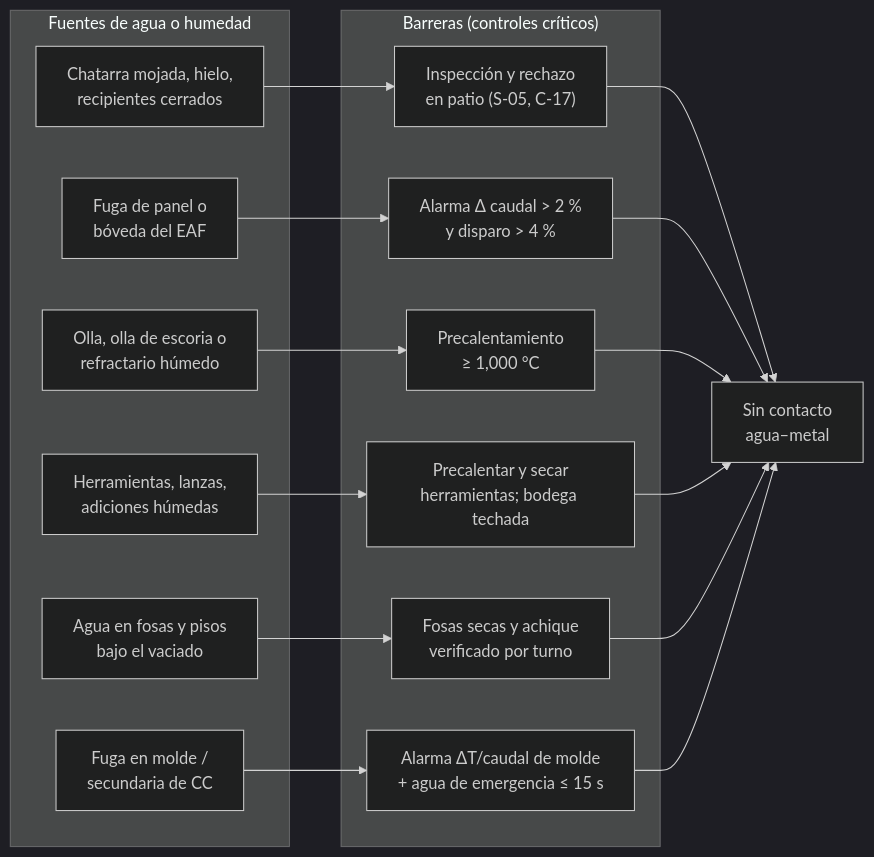
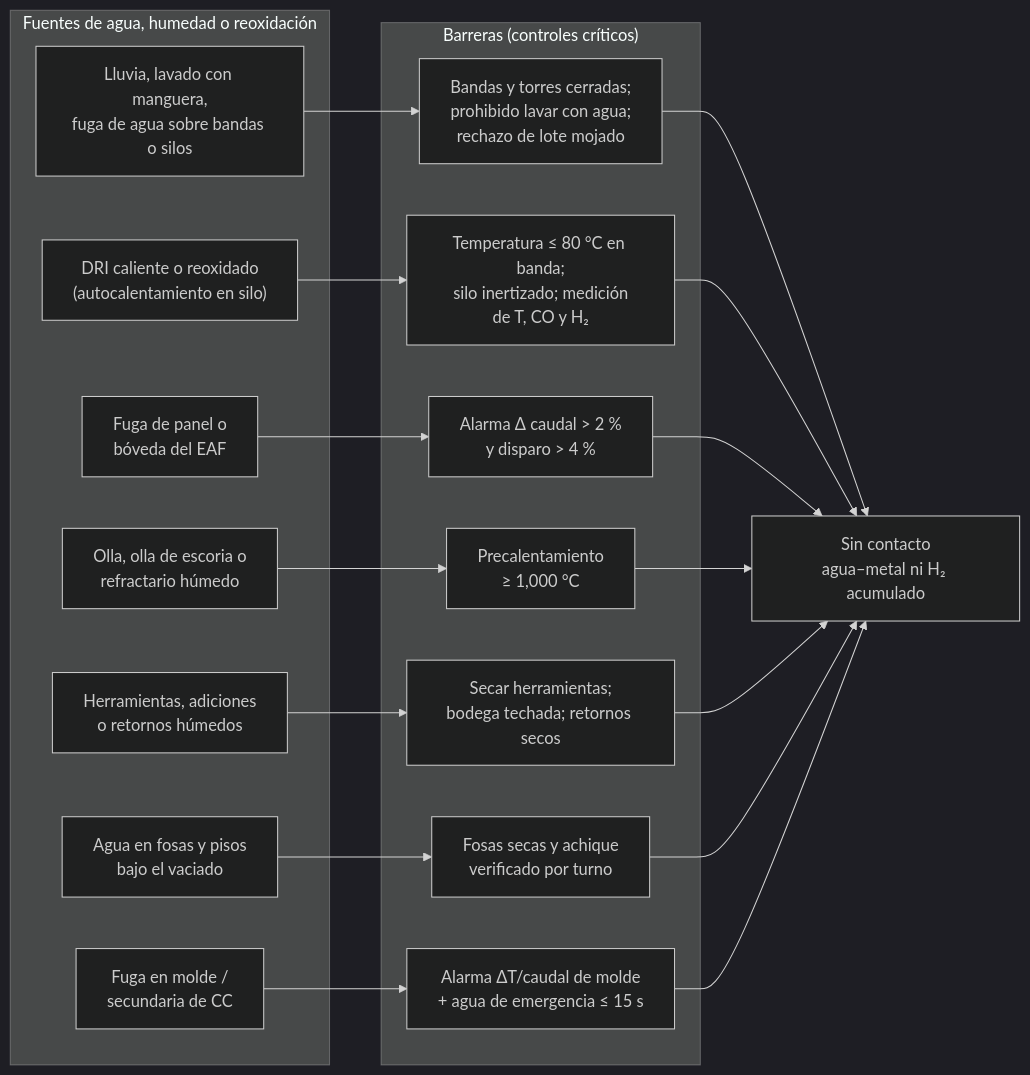
The diagram in 10-plantas/01-steelmaking/04-seguridad/MS-ACE-03-explosiones-agua-metal-liquido.md (diegocardonaguzman03-maker/HR), drawn with Mermaid (dark theme) before and after one commit. The commit also changed other lines of this file and 19 other files, not shown here.

````diff
--- a/10-plantas/01-steelmaking/04-seguridad/MS-ACE-03-explosiones-agua-metal-liquido.md
+++ b/10-plantas/01-steelmaking/04-seguridad/MS-ACE-03-explosiones-agua-metal-liquido.md
@@ -35,26 +46,29 @@
 ```mermaid
 flowchart LR
-    subgraph Fuentes["Fuentes de agua o humedad"]
-        F1["Chatarra mojada, hielo,<br/>recipientes cerrados"]
-        F2["Fuga de panel o<br/>bóveda del EAF"]
-        F3["Olla, olla de escoria o<br/>refractario húmedo"]
-        F4["Herramientas, lanzas,<br/>adiciones húmedas"]
-        F5["Agua en fosas y pisos<br/>bajo el vaciado"]
-        F6["Fuga en molde /<br/>secundaria de CC"]
+    subgraph Fuentes["Fuentes de agua, humedad o reoxidación"]
+        F1["Lluvia, lavado con manguera,<br/>fuga de agua sobre bandas o silos"]
+        F2["DRI caliente o reoxidado<br/>(autocalentamiento en silo)"]
+        F3["Fuga de panel o<br/>bóveda del EAF"]
+        F4["Olla, olla de escoria o<br/>refractario húmedo"]
+        F5["Herramientas, adiciones<br/>o retornos húmedos"]
+        F6["Agua en fosas y pisos<br/>bajo el vaciado"]
+        F7["Fuga en molde /<br/>secundaria de CC"]
     end
     subgraph Barreras["Barreras (controles críticos)"]
-        B1["Inspección y rechazo<br/>en patio (S-05, C-17)"]
-        B2["Alarma Δ caudal > 2 %<br/>y disparo > 4 %"]
-        B3["Precalentamiento<br/>≥ 1,000 °C"]
-        B4["Precalentar y secar<br/>herramientas; bodega techada"]
-        B5["Fosas secas y achique<br/>verificado por turno"]
-        B6["Alarma ΔT/caudal de molde<br/>+ agua de emergencia ≤ 15 s"]
+        B1["Bandas y torres cerradas;<br/>prohibido lavar con agua;<br/>rechazo de lote mojado"]
+        B2["Temperatura ≤ 80 °C en banda;<br/>silo inertizado; medición<br/>de T, CO y H₂"]
+        B3["Alarma Δ caudal > 2 %<br/>y disparo > 4 %"]
+        B4["Precalentamiento<br/>≥ 1,000 °C"]
+        B5["Secar herramientas;<br/>bodega techada; retornos secos"]
+        B6["Fosas secas y achique<br/>verificado por turno"]
+        B7["Alarma ΔT/caudal de molde<br/>+ agua de emergencia ≤ 15 s"]
     end
     F1 --> B1
     F2 --> B2
     F3 --> B3
     F4 --> B4
     F5 --> B5
     F6 --> B6
-    B1 & B2 & B3 & B4 & B5 & B6 --> R["Sin contacto<br/>agua–metal"]
+    F7 --> B7
+    B1 & B2 & B3 & B4 & B5 & B6 & B7 --> R["Sin contacto<br/>agua–metal ni H₂ acumulado"]
 ```
````
